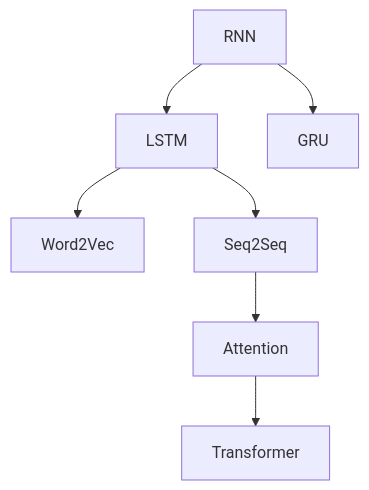
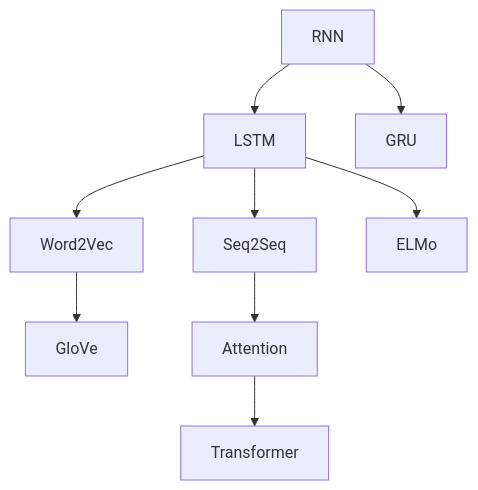
One commit to ted-sharp/chatvox changed the second of 10 diagrams in doc/llm.md. Above: the diagram before and after it, drawn with Mermaid. The commit also changed other lines of this file, not shown here.

````diff
--- a/doc/llm.md
+++ b/doc/llm.md
@@ -75,7 +75,8 @@
 ```mermaid
 flowchart
 
-RNN --> LSTM --> Word2Vec
+RNN --> LSTM --> Word2Vec --> GloVe
 LSTM --> Seq2Seq --> Attention --> Transformer
 RNN --> GRU
+LSTM --> ELMo
 ```
````
